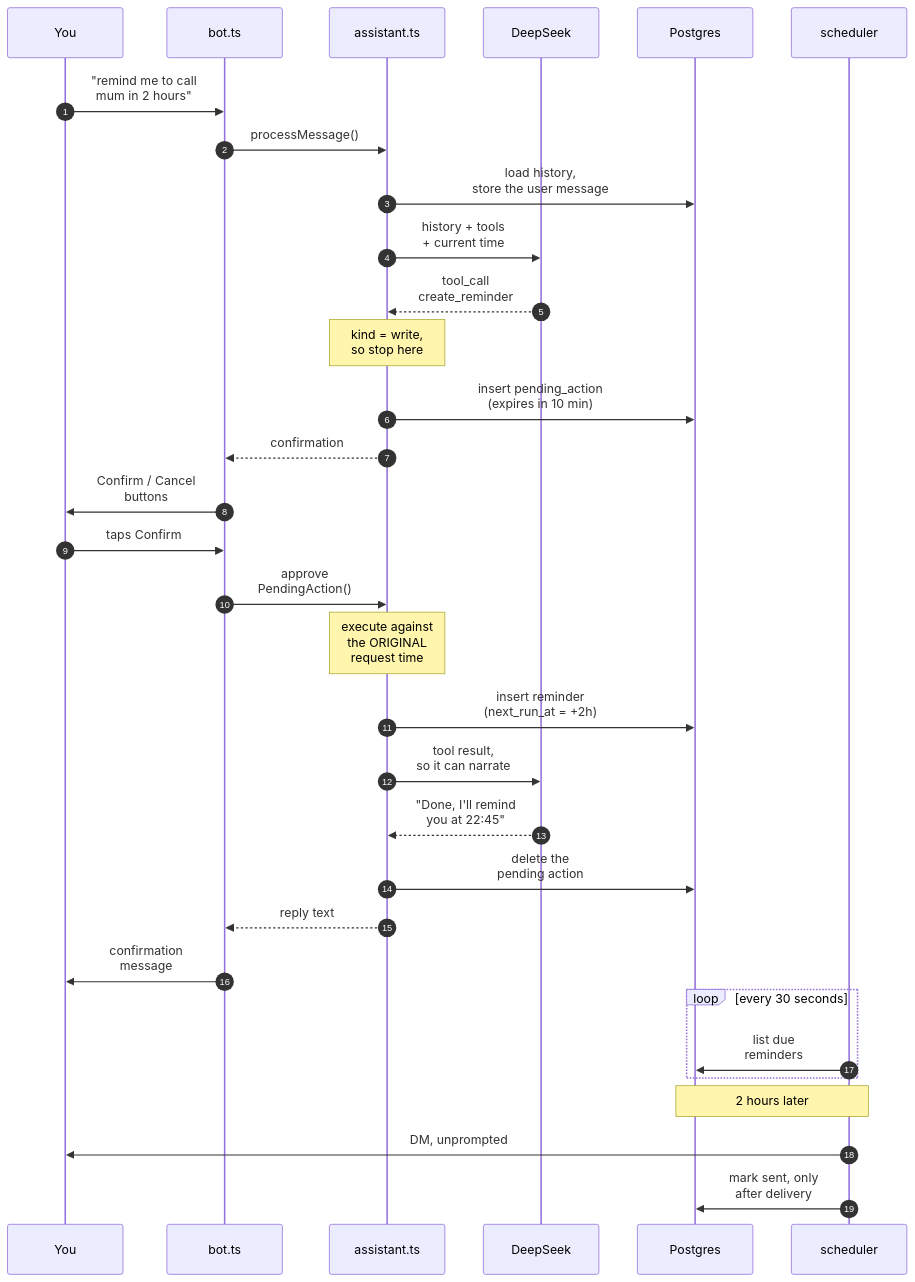
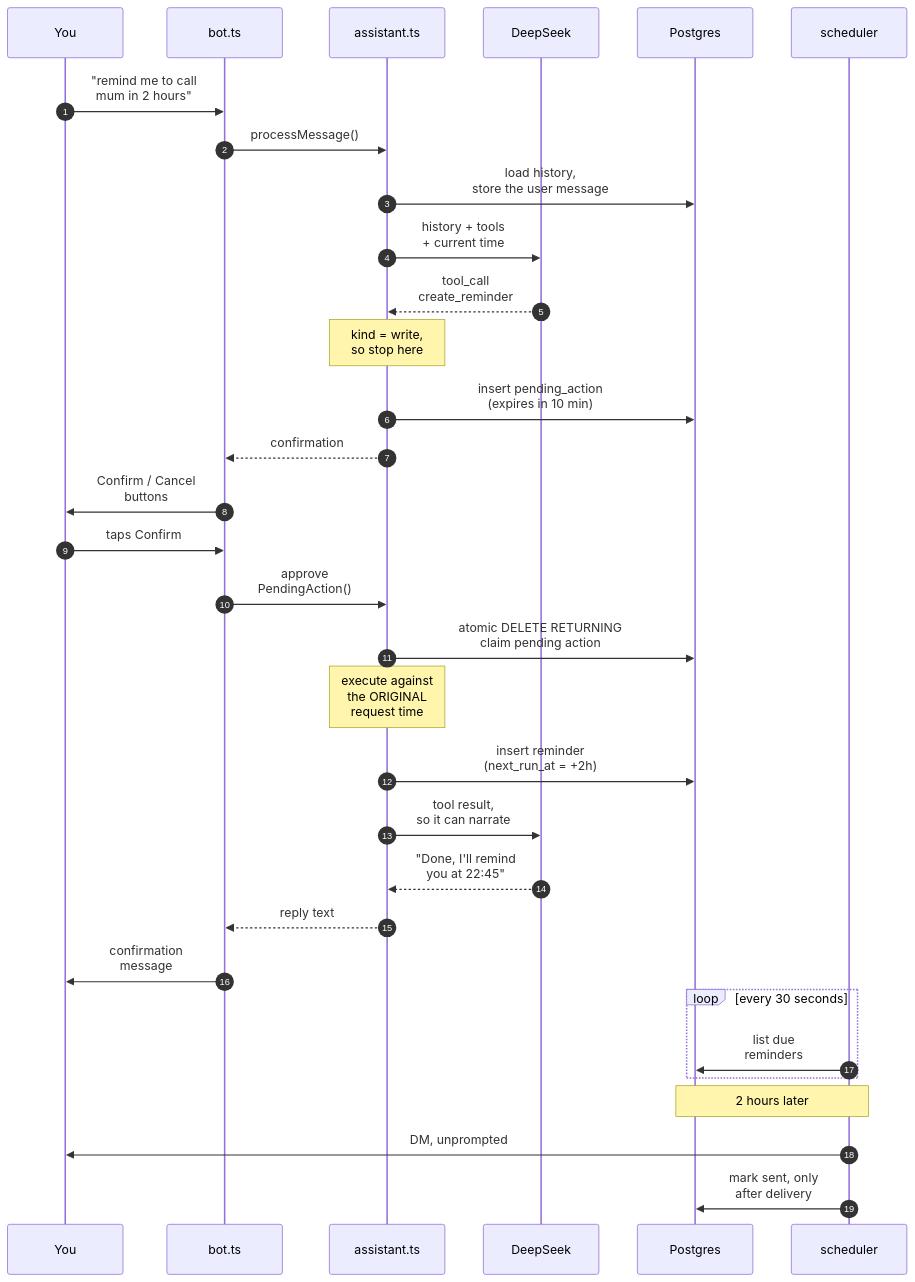
Diagram 11 of 11 in docs/architecture.md (e1010101/my-helper), drawn with Mermaid before and after one commit. The commit also changed other lines of this file and 49 other files, not shown here.

````diff
--- a/docs/architecture.md
+++ b/docs/architecture.md
@@ -475,37 +473,37 @@
 ```mermaid
 sequenceDiagram
     autonumber
     participant U as You
     participant B as bot.ts
     participant A as assistant.ts
     participant M as DeepSeek
     participant D as Postgres
     participant S as scheduler
 
     U->>B: "remind me to call<br/>mum in 2 hours"
     B->>A: processMessage()
     A->>D: load history,<br/>store the user message
     A->>M: history + tools<br/>+ current time
     M-->>A: tool_call<br/>create_reminder
     Note over A: kind = write,<br/>so stop here
     A->>D: insert pending_action<br/>(expires in 10 min)
     A-->>B: confirmation
     B->>U: Confirm / Cancel<br/>buttons
 
     U->>B: taps Confirm
     B->>A: approve<br/>PendingAction()
+    A->>D: atomic DELETE RETURNING<br/>claim pending action
     Note over A: execute against<br/>the ORIGINAL<br/>request time
     A->>D: insert reminder<br/>(next_run_at = +2h)
     A->>M: tool result,<br/>so it can narrate
     M-->>A: "Done, I'll remind<br/>you at 22:45"
-    A->>D: delete the<br/>pending action
     A-->>B: reply text
     B->>U: confirmation<br/>message
 
     loop every 30 seconds
         S->>D: list due<br/>reminders
     end
     Note over S,D: 2 hours later
     S->>U: DM, unprompted
     S->>D: mark sent, only<br/>after delivery
 ```
````
